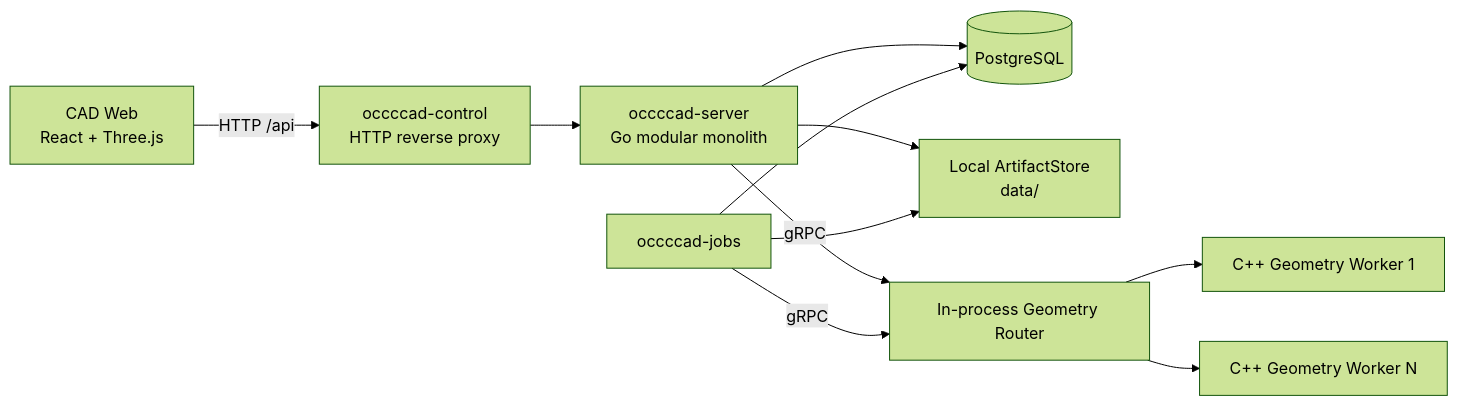
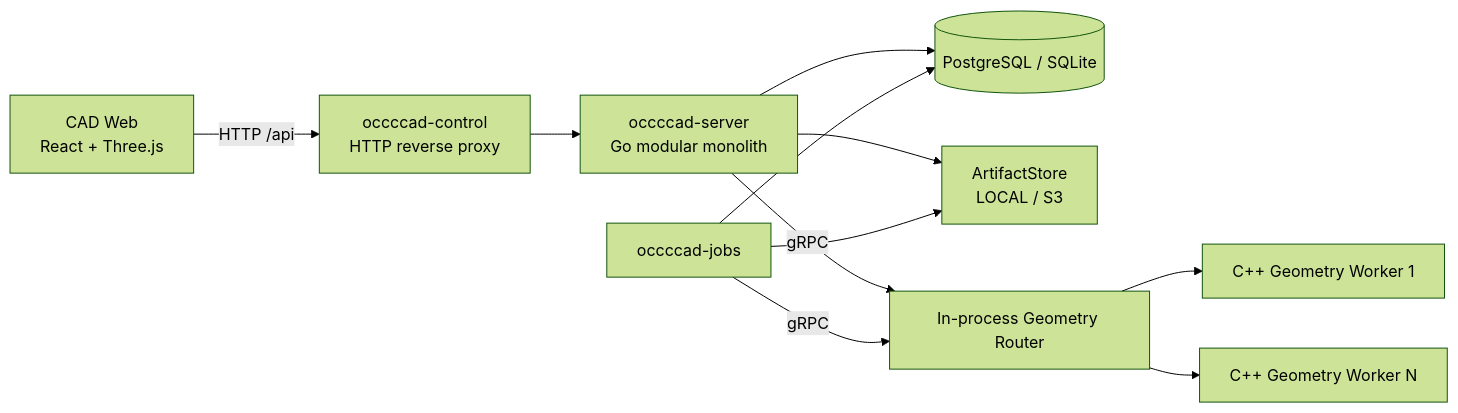
The first of 2 diagrams in docs/architecture/current/runtime.md (cossoledad/occccad), drawn with Mermaid (forest theme) before and after one commit. The commit also changed other lines of this file and 145 other files, not shown here.

````diff
--- a/docs/architecture/current/runtime.md
+++ b/docs/architecture/current/runtime.md
@@ -7,13 +7,13 @@
 ```mermaid
 flowchart LR
     Browser["CAD Web<br/>React + Three.js"] -->|"HTTP /api"| Control["occccad-control<br/>HTTP reverse proxy"]
     Control --> API["occccad-server<br/>Go modular monolith"]
-    API --> DB[(PostgreSQL)]
-    API --> Files["Local ArtifactStore<br/>data/"]
+    API --> DB[(PostgreSQL / SQLite)]
+    API --> Files["ArtifactStore<br/>LOCAL / S3"]
     API -->|"gRPC"| Router["In-process Geometry Router"]
     Jobs["occccad-jobs"] --> DB
     Jobs --> Files
     Jobs -->|"gRPC"| Router
     Router --> G1["C++ Geometry Worker 1"]
     Router --> Gn["C++ Geometry Worker N"]
 ```
````
